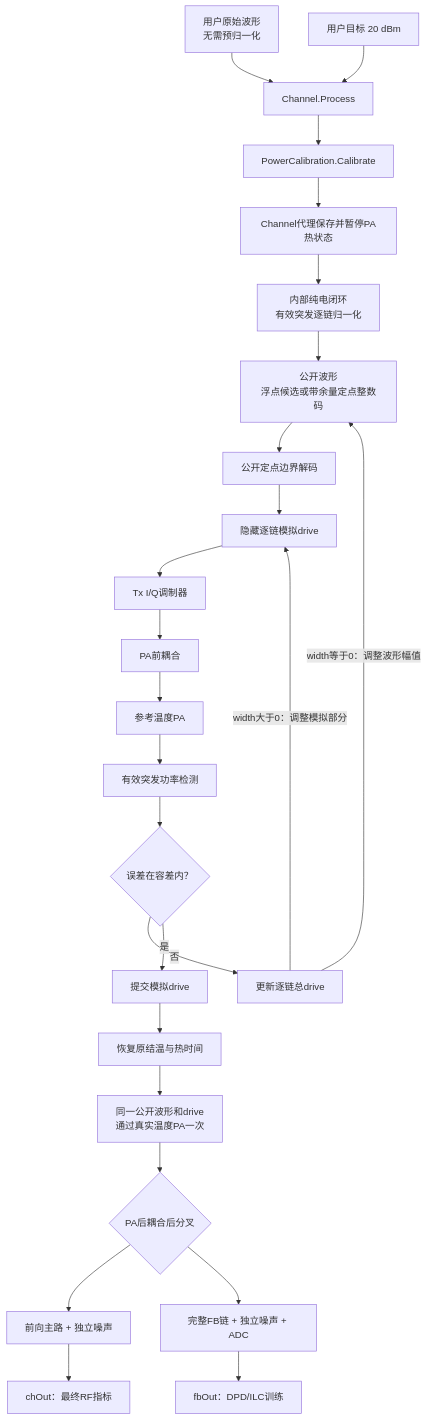
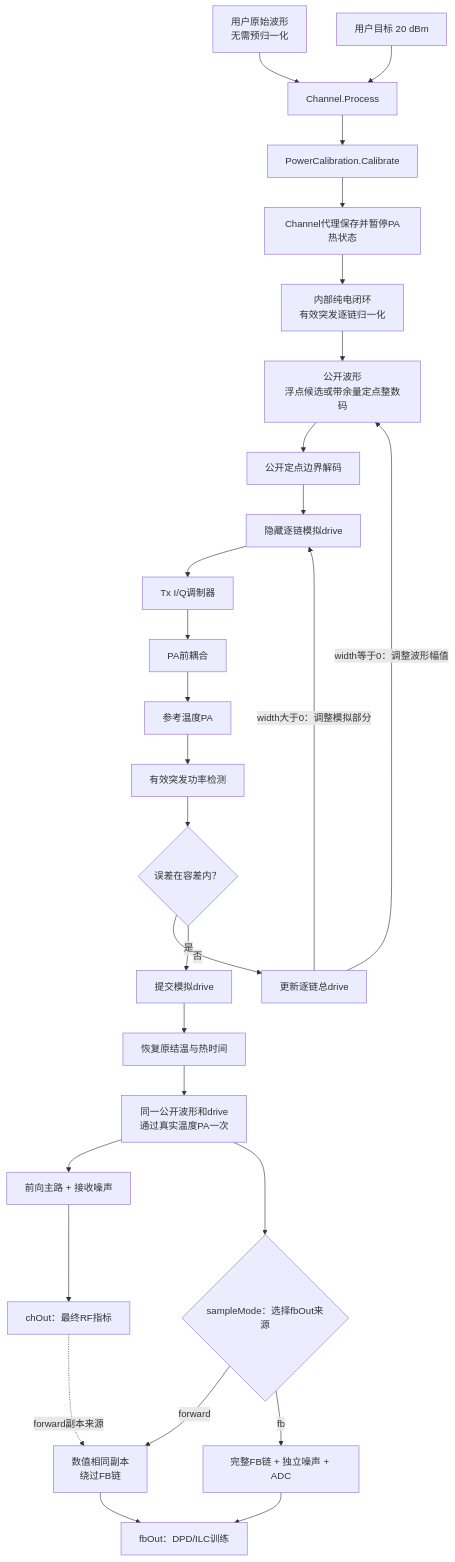
One commit to niyilu45/DPD_ILC changed the eighth of 9 diagrams in doc/Channel.md. Above: the diagram before and after it, drawn with Mermaid. The commit also changed other lines of this file and 16 other files, not shown here.

Commit message:
Align forward channel and feedback outputs

````diff
--- a/doc/Channel.md
+++ b/doc/Channel.md
@@ -2122,27 +2142,30 @@
 ```mermaid
 flowchart TD
     original["用户原始波形<br/>无需预归一化"] --> process["Channel.Process"]
     target["用户目标 20 dBm"] --> process
     process --> calibrate["PowerCalibration.Calibrate"]
     calibrate --> suspend["Channel代理保存并暂停PA热状态"]
     suspend --> normalize["内部纯电闭环<br/>有效突发逐链归一化"]
     normalize --> publicWave["公开波形<br/>浮点候选或带余量定点整数码"]
     publicWave --> decode["公开定点边界解码"]
     decode --> analogDrive["隐藏逐链模拟drive"]
     analogDrive --> txIq["Tx I/Q调制器"]
     txIq --> preCoupling["PA前耦合"]
     preCoupling --> pa["参考温度PA"]
     pa --> detector["有效突发功率检测"]
     detector --> decision{"误差在容差内？"}
     decision -->|否| update["更新逐链总drive"]
     update -->|width等于0：调整波形幅值| publicWave
     update -->|width大于0：调整模拟部分| analogDrive
     decision -->|是| commit["提交模拟drive"]
     commit --> restore["恢复原结温与热时间"]
     restore --> livePa["同一公开波形和drive<br/>通过真实温度PA一次"]
-    livePa --> branch{"PA后耦合后分叉"}
-    branch --> forward["前向主路 + 独立噪声"]
-    branch --> feedback["完整FB链 + 独立噪声 + ADC"]
+    livePa --> forward["前向主路 + 接收噪声"]
     forward --> channelOutput["chOut：最终RF指标"]
-    feedback --> feedbackOutput["fbOut：DPD/ILC训练"]
+    livePa --> sampleMode{"sampleMode：选择fbOut来源"}
+    sampleMode -->|forward| copy["数值相同副本<br/>绕过FB链"]
+    sampleMode -->|fb| feedback["完整FB链 + 独立噪声 + ADC"]
+    channelOutput -. "forward副本来源" .-> copy
+    copy --> feedbackOutput["fbOut：DPD/ILC训练"]
+    feedback --> feedbackOutput
 ```
````
